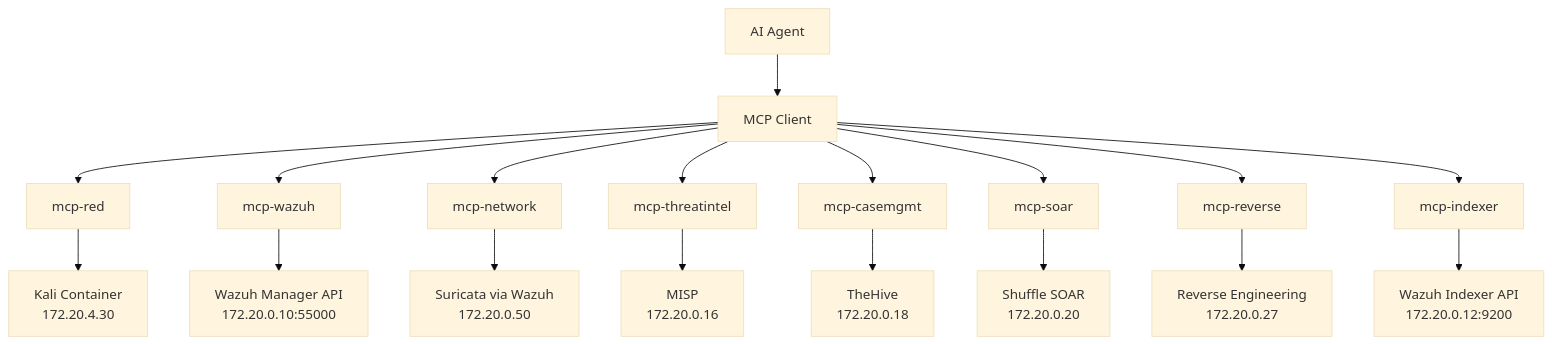
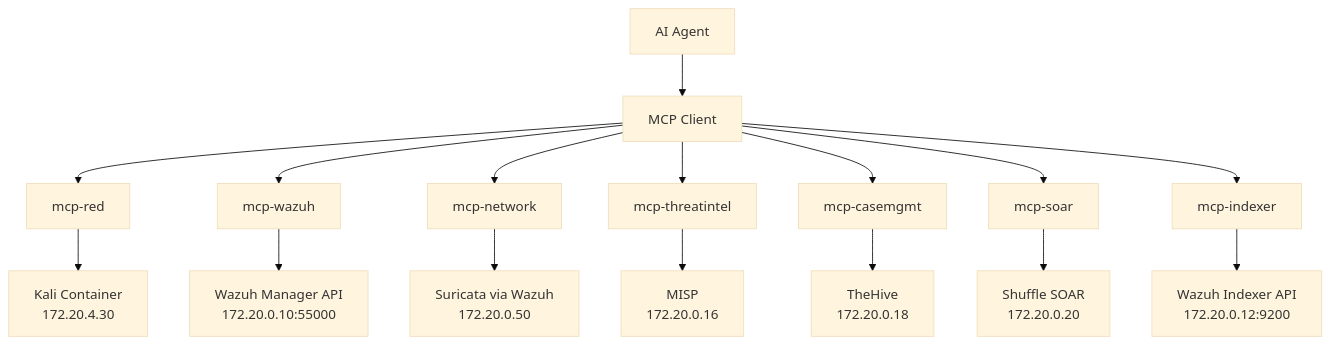
The diagram in docs/components/mcp-integration.md (Brad-Edwards/aptl), drawn with Mermaid (base theme) before and after one commit. The commit also changed other lines of this file and 5 other files, not shown here.

````diff
--- a/docs/components/mcp-integration.md
+++ b/docs/components/mcp-integration.md
@@ -7,21 +7,19 @@
 ```mermaid
 flowchart TD
     A[AI Agent] --> B[MCP Client]
     B --> C[mcp-red]
     B --> D[mcp-wazuh]
     B --> E[mcp-network]
     B --> F[mcp-threatintel]
     B --> G[mcp-casemgmt]
     B --> I[mcp-soar]
-    B --> J[mcp-reverse]
     B --> K[mcp-indexer]
 
     C --> L[Kali Container<br/>172.20.4.30]
     D --> M[Wazuh Manager API<br/>172.20.0.10:55000]
     K --> N[Wazuh Indexer API<br/>172.20.0.12:9200]
     E --> O[Suricata via Wazuh<br/>172.20.0.50]
     F --> P[MISP<br/>172.20.0.16]
     G --> Q[TheHive<br/>172.20.0.18]
     I --> R[Shuffle SOAR<br/>172.20.0.20]
-    J --> S[Reverse Engineering<br/>172.20.0.27]
 ```
````
